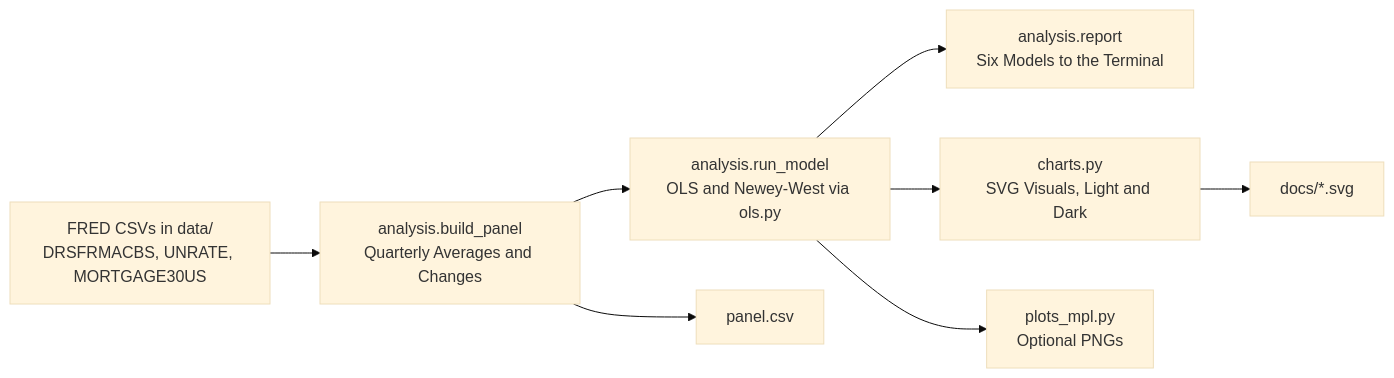
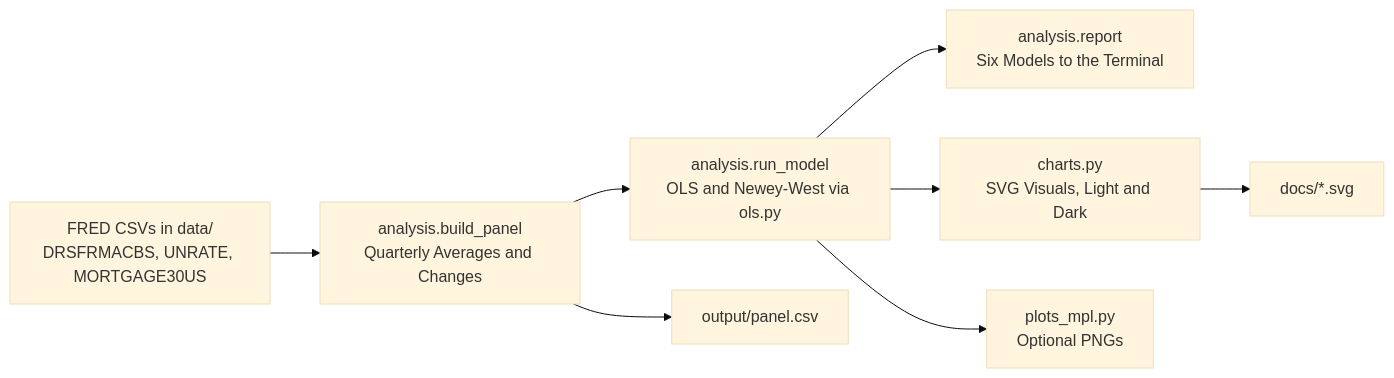
Before and after one commit to builtby-hari/MortgageDelinquencyDrivers: the diagram in README.md, drawn with Mermaid (base theme). The commit also changed other lines of this file and 7 other files, not shown here.

````diff
--- a/README.md
+++ b/README.md
@@ -74,10 +74,10 @@
 ```mermaid
 flowchart LR
   F["FRED CSVs in data/<br/>DRSFRMACBS, UNRATE, MORTGAGE30US"] --> P["analysis.build_panel<br/>Quarterly Averages and Changes"]
   P --> M["analysis.run_model<br/>OLS and Newey-West via ols.py"]
   M --> R["analysis.report<br/>Six Models to the Terminal"]
-  P --> S["panel.csv"]
+  P --> S["output/panel.csv"]
   M --> C["charts.py<br/>SVG Visuals, Light and Dark"]
   M --> X["plots_mpl.py<br/>Optional PNGs"]
   C --> D["docs/*.svg"]
 ```
````
